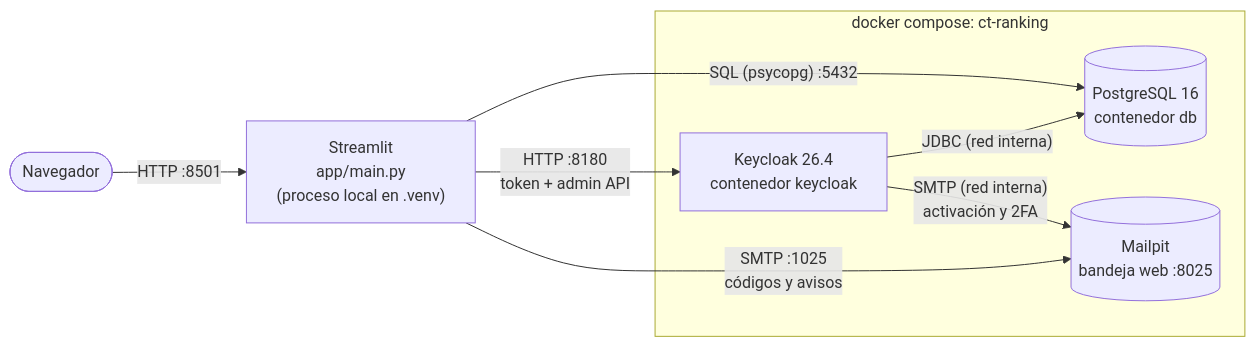
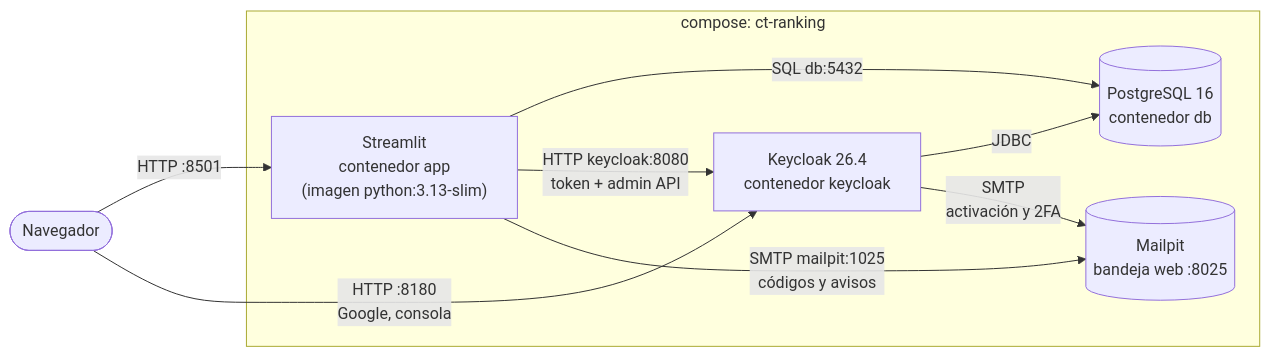
One commit to Jhoan-Dominguez/ct-ranking-platform changed the diagram in docs/03-despliegue-y-operacion.md. Above: the diagram before and after it, drawn with Mermaid. The commit also changed other lines of this file and 11 other files, not shown here.

````diff
--- a/docs/03-despliegue-y-operacion.md
+++ b/docs/03-despliegue-y-operacion.md
@@ -5,14 +8,16 @@
 ```mermaid
 flowchart LR
-    browser([Navegador]) -- HTTP :8501 --> app["Streamlit<br/>app/main.py<br/>(proceso local en .venv)"]
-    app -- "SQL (psycopg) :5432" --> db[("PostgreSQL 16<br/>contenedor db")]
-    app -- "HTTP :8180<br/>token + admin API" --> kc["Keycloak 26.4<br/>contenedor keycloak"]
-    kc -- "JDBC (red interna)" --> db
-    app -- "SMTP :1025<br/>códigos y avisos" --> mail[("Mailpit<br/>bandeja web :8025")]
-    kc -- "SMTP (red interna)<br/>activación y 2FA" --> mail
-    subgraph docker compose: ct-ranking
+    browser([Navegador]) -- "HTTP :8501" --> app["Streamlit<br/>contenedor app<br/>(imagen python:3.13-slim)"]
+    browser -- "HTTP :8180<br/>Google, consola" --> kc
+    app -- "SQL db:5432" --> db[("PostgreSQL 16<br/>contenedor db")]
+    app -- "HTTP keycloak:8080<br/>token + admin API" --> kc["Keycloak 26.4<br/>contenedor keycloak"]
+    kc -- "JDBC" --> db
+    app -- "SMTP mailpit:1025<br/>códigos y avisos" --> mail[("Mailpit<br/>bandeja web :8025")]
+    kc -- "SMTP<br/>activación y 2FA" --> mail
+    subgraph compose: ct-ranking
+        app
         db
         kc
         mail
     end
 ```
````
